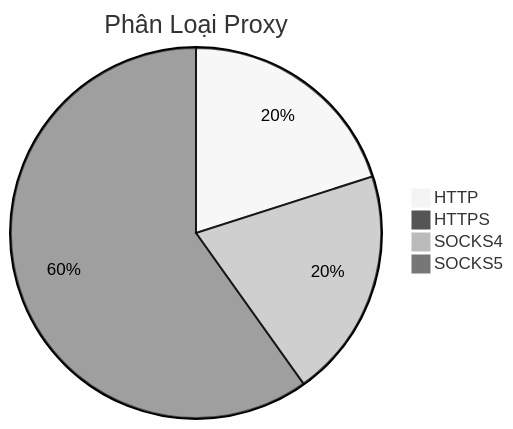
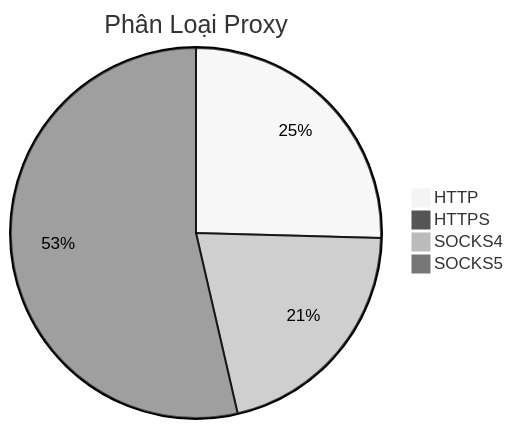
One commit to Ciara-12/PROXY-free changed the diagram in README.md. Above: the diagram before and after it, drawn with Mermaid (neutral theme). The commit also changed other lines of this file and 4 other files, not shown here.

````diff
--- a/README.md
+++ b/README.md
@@ -26,7 +26,7 @@
 ```mermaid
 pie title Phân Loại Proxy
-    "HTTP" : 281
-    "HTTPS" : 2
-    "SOCKS4" : 281
-    "SOCKS5" : 838
+    "HTTP" : 285
+    "HTTPS" : 3
+    "SOCKS4" : 235
+    "SOCKS5" : 601
 ```
````
